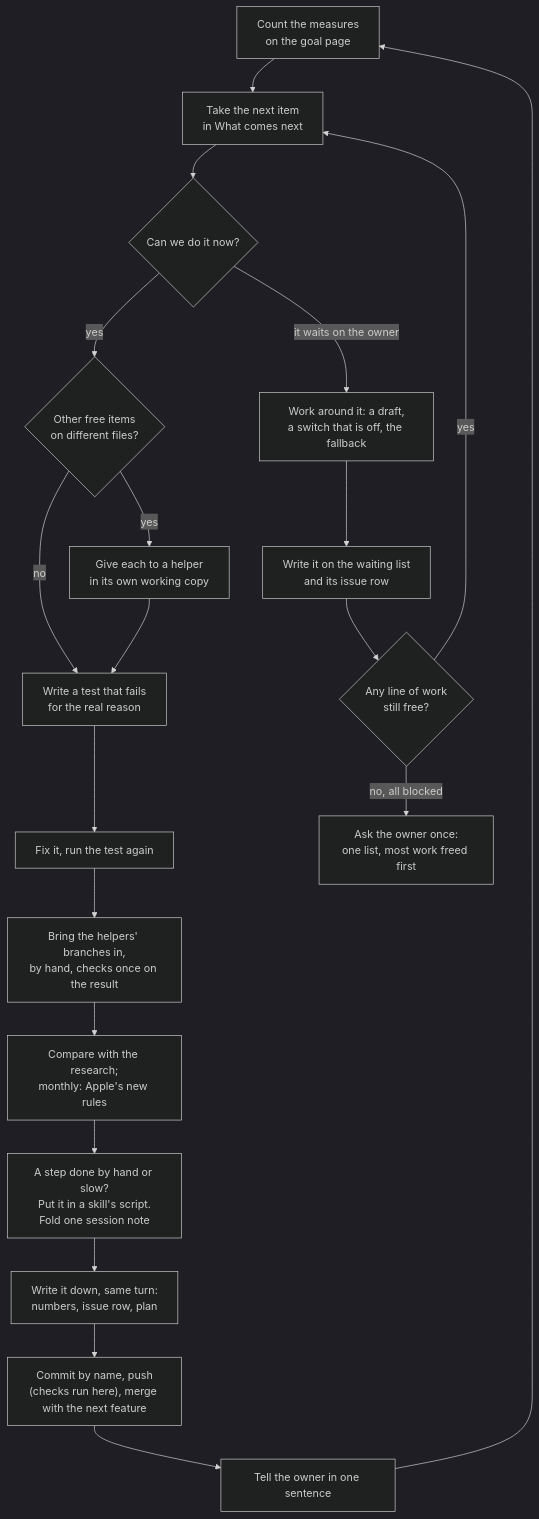
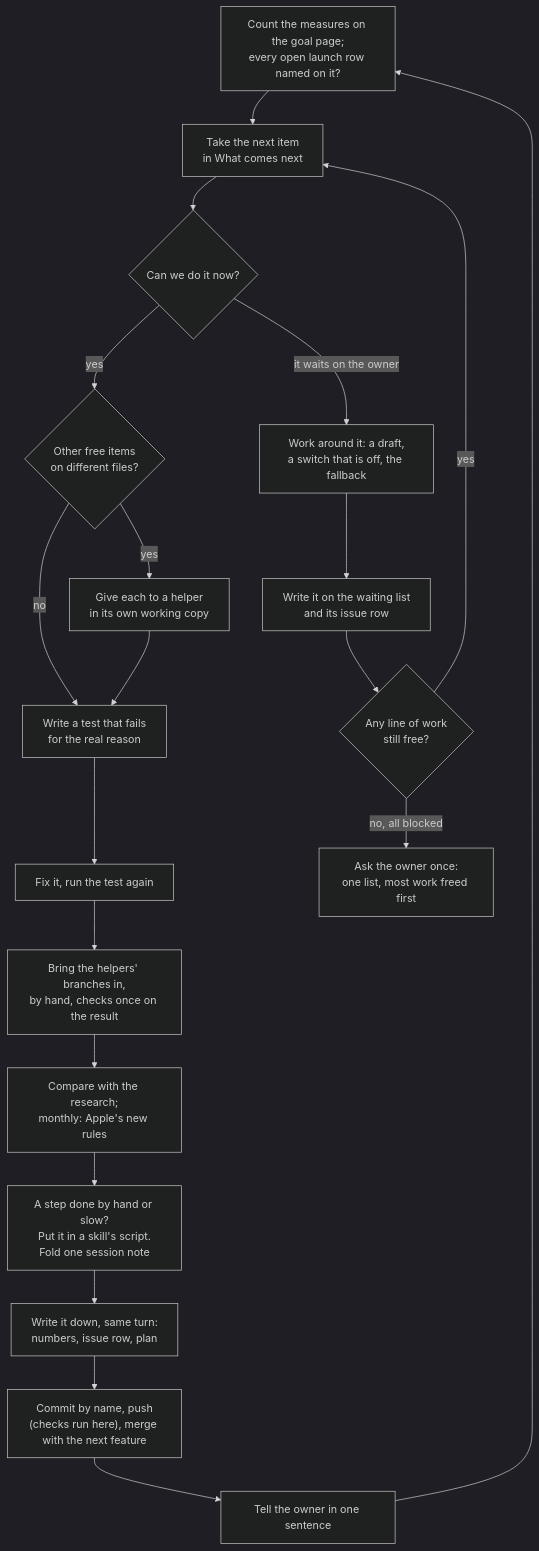
Before and after one commit to omars-lab/hifth: the diagram in .claude/loop-prompts/operational-readiness.md, drawn with Mermaid (dark theme). The commit also changed other lines of this file and 5 other files, not shown here.

First line of the commit message:
The launch goal page names every open launch row, and the loop checks it

````diff
--- a/.claude/loop-prompts/operational-readiness.md
+++ b/.claude/loop-prompts/operational-readiness.md
@@ -100,22 +105,22 @@
 ```mermaid
 flowchart TD
-  count["Count the measures<br/>on the goal page"] --> pick["Take the next item<br/>in What comes next"]
+  count["Count the measures on the goal page;<br/>every open launch row named on it?"] --> pick["Take the next item<br/>in What comes next"]
   pick --> kind{"Can we do it now?"}
   kind -- "yes" --> carve{"Other free items<br/>on different files?"}
   carve -- "yes" --> helpers["Give each to a helper<br/>in its own working copy"]
   carve -- "no" --> test
   helpers --> test["Write a test that fails<br/>for the real reason"]
   test --> fix["Fix it, run the test again"]
   kind -- "it waits on the owner" --> around["Work around it: a draft,<br/>a switch that is off, the fallback"]
   around --> log["Write it on the waiting list<br/>and its issue row"]
   log --> other{"Any line of work<br/>still free?"}
   other -- "yes" --> pick
   other -- "no, all blocked" --> batch["Ask the owner once:<br/>one list, most work freed first"]
   fix --> merge["Bring the helpers' branches in,<br/>by hand, checks once on the result"]
   merge --> compare["Compare with the research;<br/>monthly: Apple's new rules"]
   compare --> setup["A step done by hand or slow?<br/>Put it in a skill's script.<br/>Fold one session note"]
   setup --> record["Write it down, same turn:<br/>numbers, issue row, plan"]
   record --> ship["Commit by name, push<br/>(checks run here), merge with the next feature"]
   ship --> tell["Tell the owner in one sentence"]
   tell --> count
 ```
````
